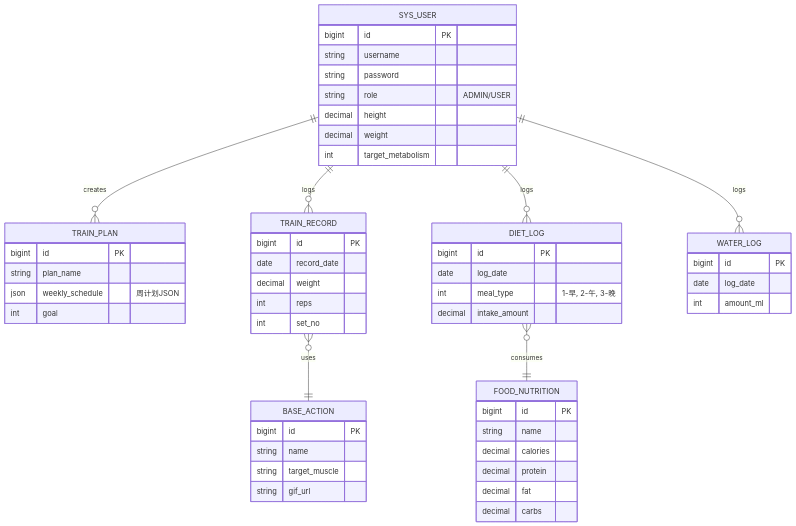
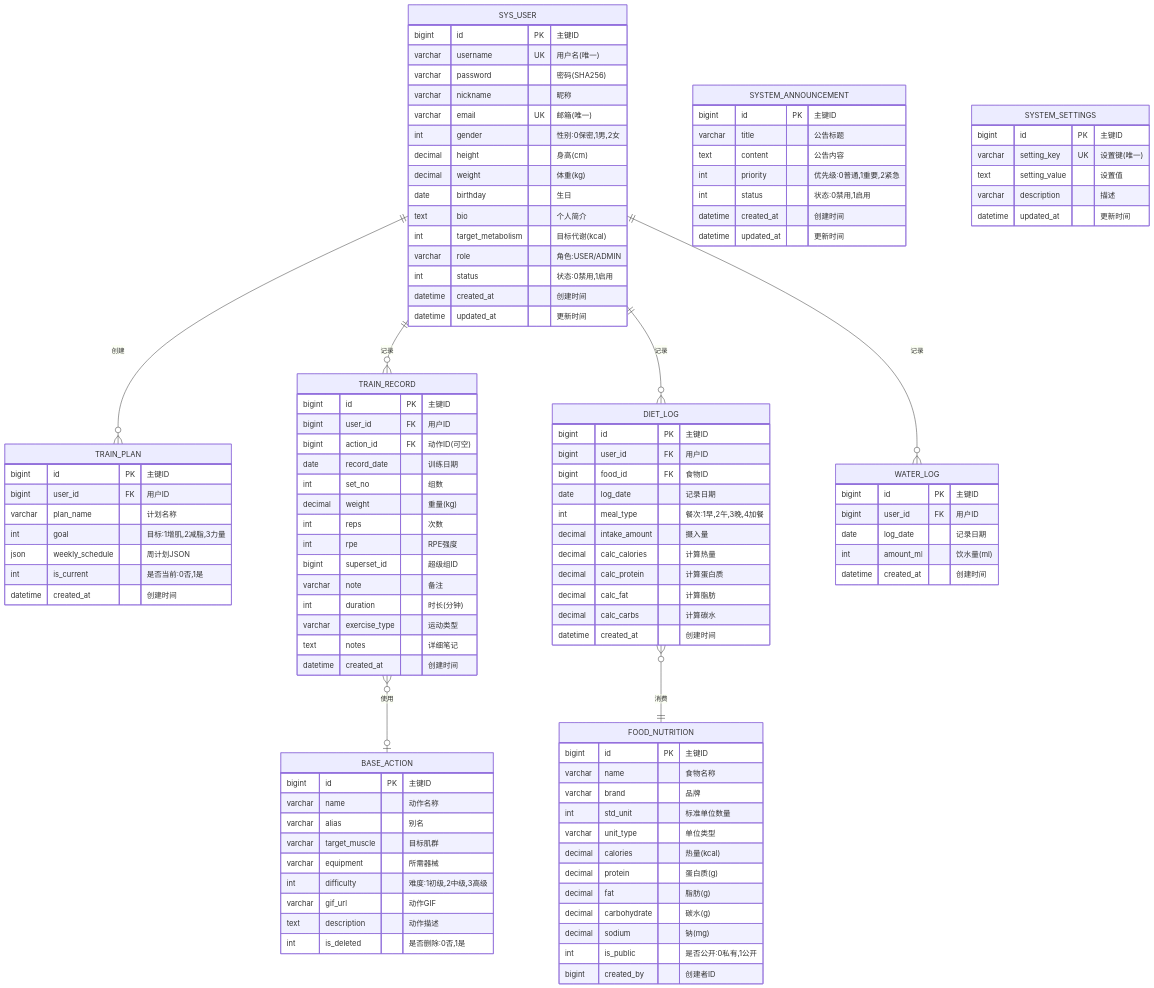
One commit to MrWeilaity/IronLog changed the tenth of 16 diagrams in PROJECT_DOCS.md. Above: the diagram before and after it, drawn with Mermaid. The commit also changed other lines of this file and 1 other file, not shown here.

Commit message:
Add comprehensive project documentation with enhanced PRD, SDD, user manual, and deployment guide

````diff
--- a/PROJECT_DOCS.md
+++ b/PROJECT_DOCS.md
@@ -176,64 +520,122 @@
 ```mermaid
 erDiagram
-    SYS_USER ||--o{ TRAIN_PLAN : creates
-    SYS_USER ||--o{ TRAIN_RECORD : logs
-    SYS_USER ||--o{ DIET_LOG : logs
-    SYS_USER ||--o{ WATER_LOG : logs
-
-    TRAIN_RECORD }o--|| BASE_ACTION : uses
-    DIET_LOG }o--|| FOOD_NUTRITION : consumes
-
+    SYS_USER ||--o{ TRAIN_PLAN : "创建"
+    SYS_USER ||--o{ TRAIN_RECORD : "记录"
+    SYS_USER ||--o{ DIET_LOG : "记录"
+    SYS_USER ||--o{ WATER_LOG : "记录"
+    
+    TRAIN_RECORD }o--o| BASE_ACTION : "使用"
+    DIET_LOG }o--|| FOOD_NUTRITION : "消费"
+    
     SYS_USER {
-        bigint id PK
-        string username
-        string password
-        string role "ADMIN/USER"
-        decimal height
-        decimal weight
-        int target_metabolism
+        bigint id PK "主键ID"
+        varchar username UK "用户名(唯一)"
+        varchar password "密码(SHA256)"
+        varchar nickname "昵称"
+        varchar email UK "邮箱(唯一)"
+        int gender "性别:0保密,1男,2女"
+        decimal height "身高(cm)"
+        decimal weight "体重(kg)"
+        date birthday "生日"
+        text bio "个人简介"
+        int target_metabolism "目标代谢(kcal)"
+        varchar role "角色:USER/ADMIN"
+        int status "状态:0禁用,1启用"
+        datetime created_at "创建时间"
+        datetime updated_at "更新时间"
     }
-
+    
     TRAIN_PLAN {
-        bigint id PK
-        string plan_name
+        bigint id PK "主键ID"
+        bigint user_id FK "用户ID"
+        varchar plan_name "计划名称"
+        int goal "目标:1增肌,2减脂,3力量"
         json weekly_schedule "周计划JSON"
-        int goal
+        int is_current "是否当前:0否,1是"
+        datetime created_at "创建时间"
     }
-
+    
     BASE_ACTION {
-        bigint id PK
-        string name
-        string target_muscle
-        string gif_url
+        bigint id PK "主键ID"
+        varchar name "动作名称"
+        varchar alias "别名"
+        varchar target_muscle "目标肌群"
+        varchar equipment "所需器械"
+        int difficulty "难度:1初级,2中级,3高级"
+        varchar gif_url "动作GIF"
+        text description "动作描述"
+        int is_deleted "是否删除:0否,1是"
     }
-
+    
     TRAIN_RECORD {
-        bigint id PK
-        date record_date
-        decimal weight
-        int reps
-        int set_no
+        bigint id PK "主键ID"
+        bigint user_id FK "用户ID"
+        bigint action_id FK "动作ID(可空)"
+        date record_date "训练日期"
+        int set_no "组数"
+        decimal weight "重量(kg)"
+        int reps "次数"
+        int rpe "RPE强度"
+        bigint superset_id "超级组ID"
+        varchar note "备注"
+        int duration "时长(分钟)"
+        varchar exercise_type "运动类型"
+        text notes "详细笔记"
+        datetime created_at "创建时间"
     }
-
+    
     FOOD_NUTRITION {
-        bigint id PK
-        string name
-        decimal calories
-        decimal protein
-        decimal fat
-        decimal carbs
+        bigint id PK "主键ID"
+        varchar name "食物名称"
+        varchar brand "品牌"
+        int std_unit "标准单位数量"
+        varchar unit_type "单位类型"
+        decimal calories "热量(kcal)"
+        decimal protein "蛋白质(g)"
+        decimal fat "脂肪(g)"
+        decimal carbohydrate "碳水(g)"
+        decimal sodium "钠(mg)"
+        int is_public "是否公开:0私有,1公开"
+        bigint created_by "创建者ID"
     }
-
+    
     DIET_LOG {
-        bigint id PK
-        date log_date
-        int meal_type "1-早, 2-午, 3-晚"
-        decimal intake_amount
+        bigint id PK "主键ID"
+        bigint user_id FK "用户ID"
+        bigint food_id FK "食物ID"
+        date log_date "记录日期"
+        int meal_type "餐次:1早,2午,3晚,4加餐"
+        decimal intake_amount "摄入量"
+        decimal calc_calories "计算热量"
+        decimal calc_protein "计算蛋白质"
+        decimal calc_fat "计算脂肪"
+        decimal calc_carbs "计算碳水"
+        datetime created_at "创建时间"
     }
-
+    
     WATER_LOG {
-        bigint id PK
-        date log_date
-        int amount_ml
+        bigint id PK "主键ID"
+        bigint user_id FK "用户ID"
+        date log_date "记录日期"
+        int amount_ml "饮水量(ml)"
+        datetime created_at "创建时间"
+    }
+    
+    SYSTEM_ANNOUNCEMENT {
+        bigint id PK "主键ID"
+        varchar title "公告标题"
+        text content "公告内容"
+        int priority "优先级:0普通,1重要,2紧急"
+        int status "状态:0禁用,1启用"
+        datetime created_at "创建时间"
+        datetime updated_at "更新时间"
+    }
+    
+    SYSTEM_SETTINGS {
+        bigint id PK "主键ID"
+        varchar setting_key UK "设置键(唯一)"
+        text setting_value "设置值"
+        varchar description "描述"
+        datetime updated_at "更新时间"
     }
 ```
````
